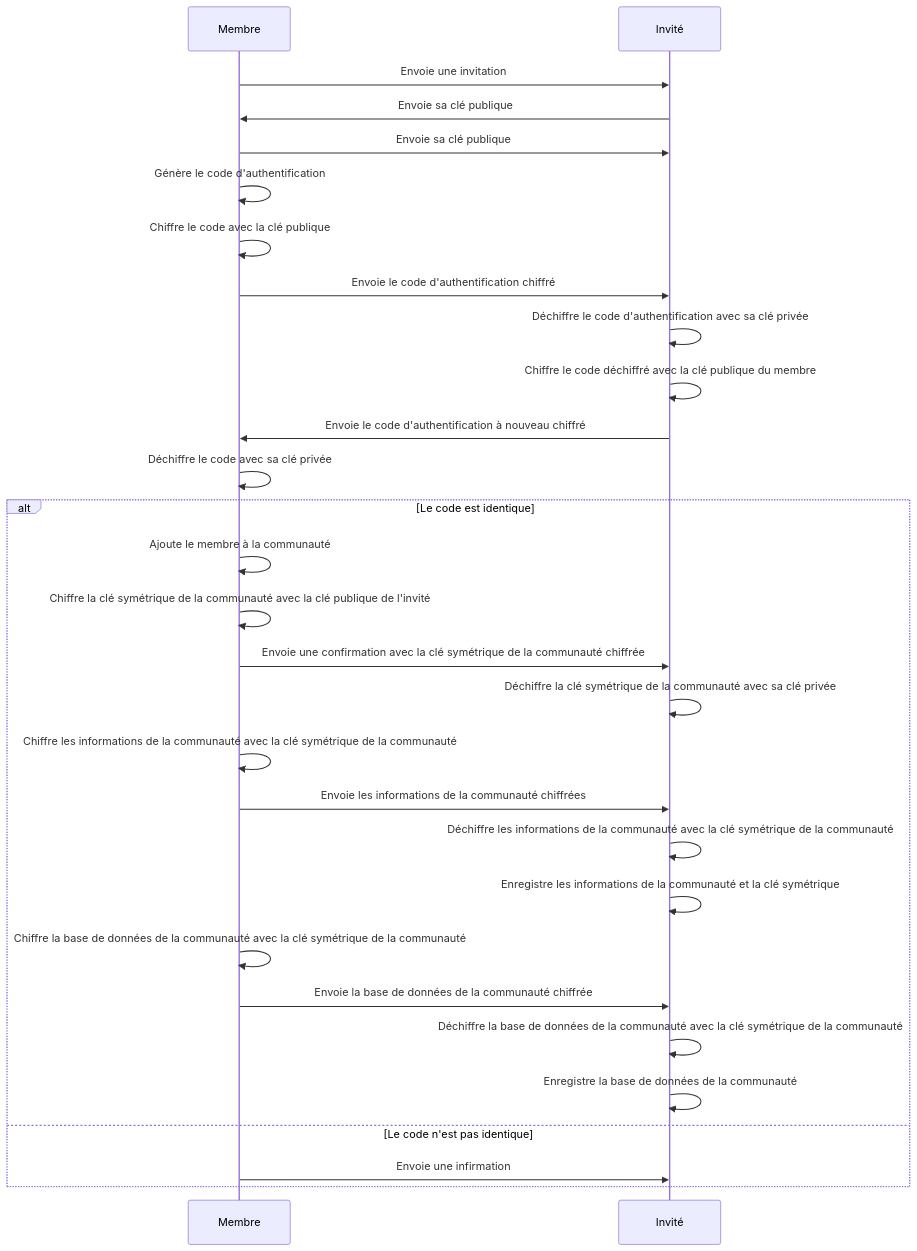
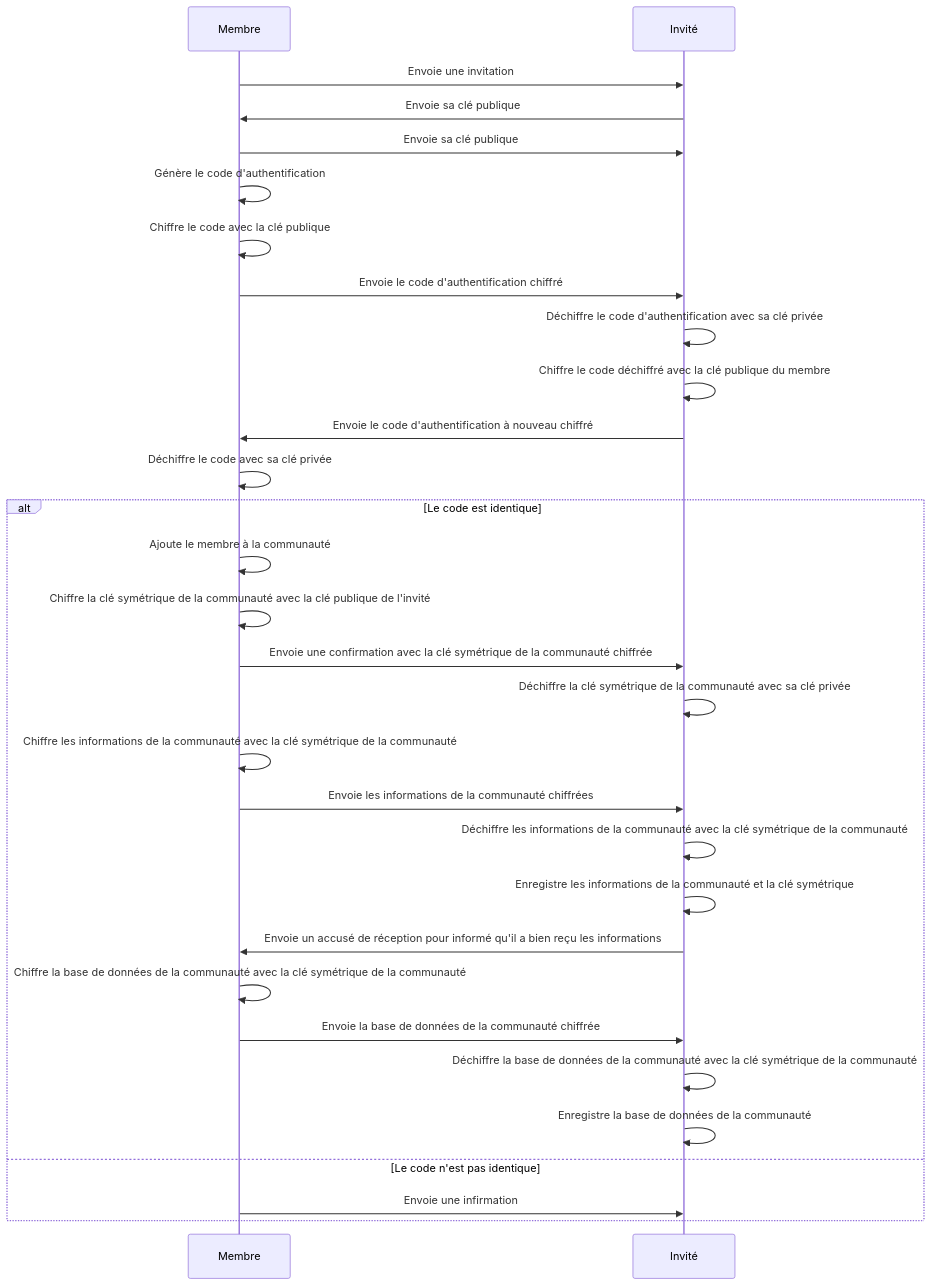
The diagram in docs/development/add_member_usecase_sequence.mermaid (HunteRoi/node), drawn with Mermaid before and after one commit. The commit also changed 9 other files, not shown here.

```diff
--- a/docs/development/add_member_usecase_sequence.mermaid
+++ b/docs/development/add_member_usecase_sequence.mermaid
@@ -1,30 +1,31 @@
 sequenceDiagram
     participant m as Membre
     participant i as Invité
 
     m ->> i: Envoie une invitation
     i ->> m: Envoie sa clé publique
     m ->> i: Envoie sa clé publique
     m ->> m: Génère le code d'authentification
     m ->> m: Chiffre le code avec la clé publique
     m ->> i: Envoie le code d'authentification chiffré
     i ->> i: Déchiffre le code d'authentification avec sa clé privée
     i ->> i: Chiffre le code déchiffré avec la clé publique du membre
     i ->> m: Envoie le code d'authentification à nouveau chiffré
     m ->> m: Déchiffre le code avec sa clé privée
     alt Le code est identique
         m ->> m: Ajoute le membre à la communauté
         m ->> m: Chiffre la clé symétrique de la communauté avec la clé publique de l'invité
         m ->> i: Envoie une confirmation avec la clé symétrique de la communauté chiffrée
         i ->> i: Déchiffre la clé symétrique de la communauté avec sa clé privée
         m ->> m: Chiffre les informations de la communauté avec la clé symétrique de la communauté
         m ->> i: Envoie les informations de la communauté chiffrées
         i ->> i: Déchiffre les informations de la communauté avec la clé symétrique de la communauté
         i ->> i: Enregistre les informations de la communauté et la clé symétrique
+        i ->> m: Envoie un accusé de réception pour informé qu'il a bien reçu les informations
         m ->> m: Chiffre la base de données de la communauté avec la clé symétrique de la communauté
         m ->> i: Envoie la base de données de la communauté chiffrée
         i ->> i: Déchiffre la base de données de la communauté avec la clé symétrique de la communauté
         i ->> i: Enregistre la base de données de la communauté
     else Le code n'est pas identique
         m ->> i: Envoie une infirmation
     end
```
